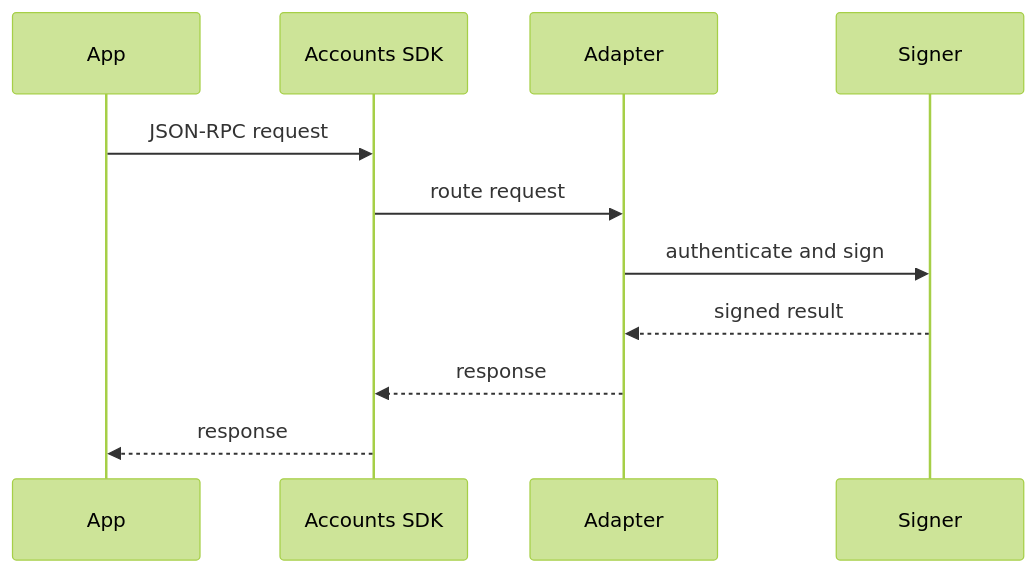
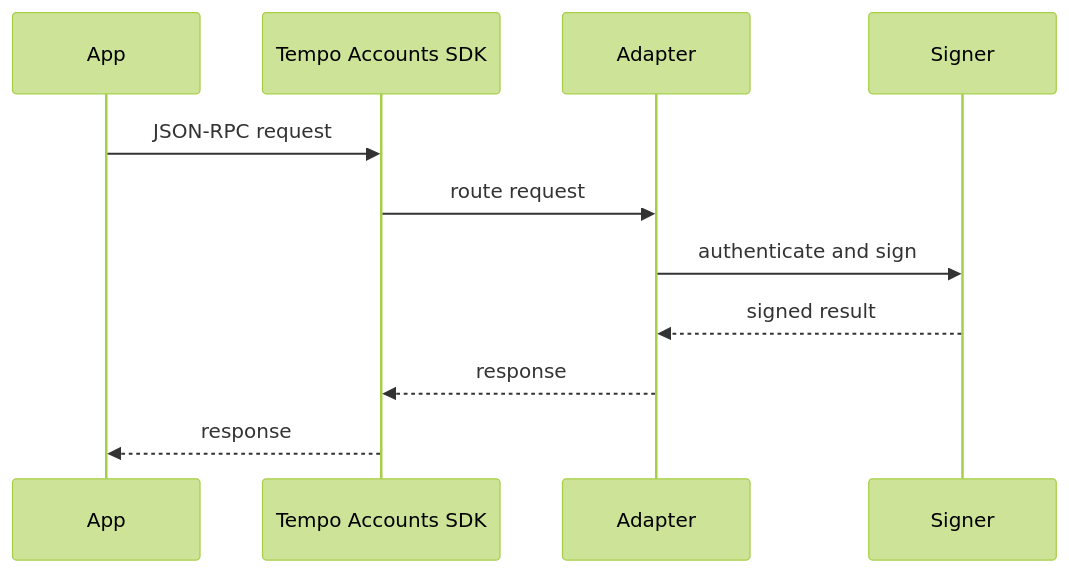
One commit to TheRealRajdeep/accounts changed the diagram in site/src/pages/docs/adapters/index.mdx. Above: the diagram before and after it, drawn with Mermaid (forest theme). The commit also changed other lines of this file and 24 other files, not shown here.

````diff
--- a/site/src/pages/docs/adapters/index.mdx
+++ b/site/src/pages/docs/adapters/index.mdx
@@ -23,14 +23,14 @@
 ```mermaid
 sequenceDiagram
     participant App
-    participant SDK as Accounts SDK
+    participant SDK as Tempo Accounts SDK
     participant Adapter
     participant Signer
 
     App->>SDK: JSON-RPC request
     SDK->>Adapter: route request
     Adapter->>Signer: authenticate and sign
     Signer-->>Adapter: signed result
     Adapter-->>SDK: response
     SDK-->>App: response
 ```
````
